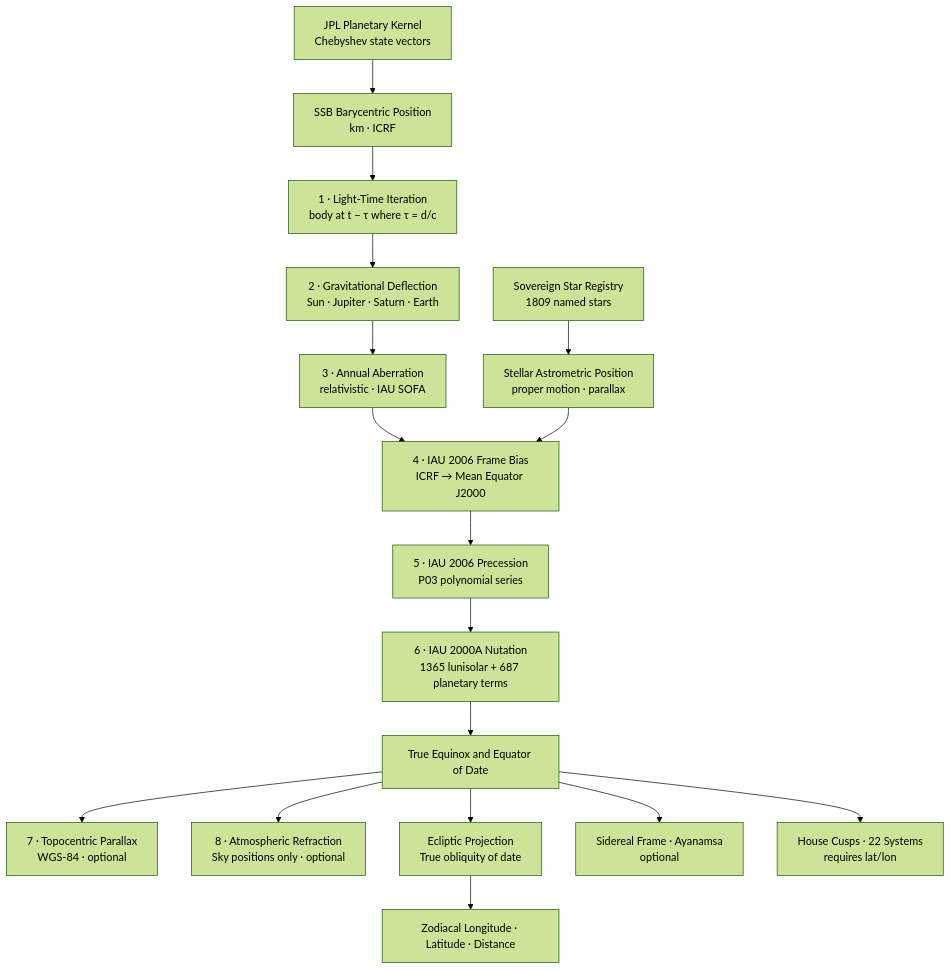
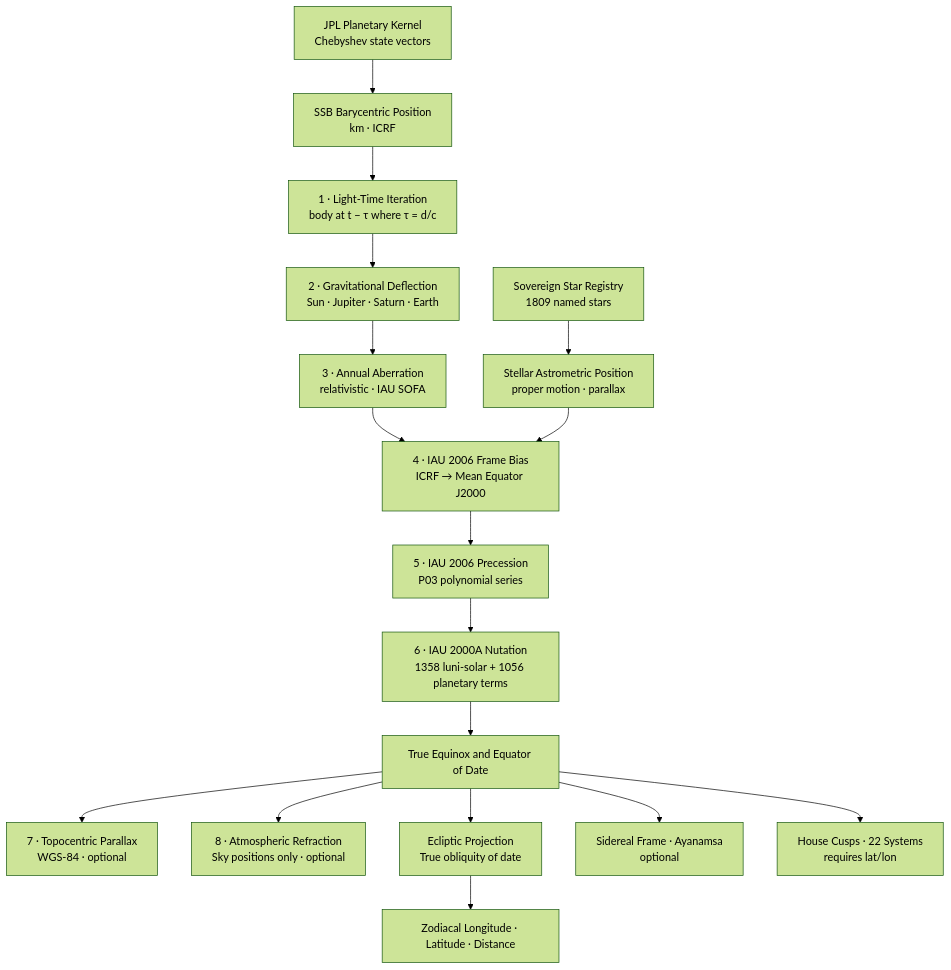
One commit to TheDaniel166/moira changed the diagram in README.md. Above: the diagram before and after it, drawn with Mermaid (forest theme). The commit also changed other lines of this file and 4 other files, not shown here.

````diff
--- a/README.md
+++ b/README.md
@@ -412,19 +412,19 @@
 ```mermaid
 graph TD
     A[JPL Planetary Kernel\nChebyshev state vectors] --> B[SSB Barycentric Position\nkm · ICRF]
     C[Sovereign Star Registry\n1809 named stars] --> D[Stellar Astrometric Position\nproper motion · parallax]
     B --> E[1 · Light-Time Iteration\nbody at t − τ  where τ = d/c]
     E --> F[2 · Gravitational Deflection\nSun · Jupiter · Saturn · Earth]
     F --> G[3 · Annual Aberration\nrelativistic · IAU SOFA]
     G --> H[4 · IAU 2006 Frame Bias\nICRF → Mean Equator J2000]
     D --> H
     H --> I[5 · IAU 2006 Precession\nP03 polynomial series]
-    I --> J[6 · IAU 2000A Nutation\n1365 lunisolar + 687 planetary terms]
+    I --> J[6 · IAU 2000A Nutation\n1358 luni-solar + 1056 planetary terms]
     J --> K[True Equinox and Equator of Date]
     K --> L[7 · Topocentric Parallax\nWGS-84 · optional]
     K --> M[8 · Atmospheric Refraction\nSky positions only · optional]
     K --> N[Ecliptic Projection\nTrue obliquity of date]
     N --> O[Zodiacal Longitude · Latitude · Distance]
     K --> P[Sidereal Frame · Ayanamsa\noptional]
     K --> Q[House Cusps · 22 Systems\nrequires lat/lon]
 ```
````
